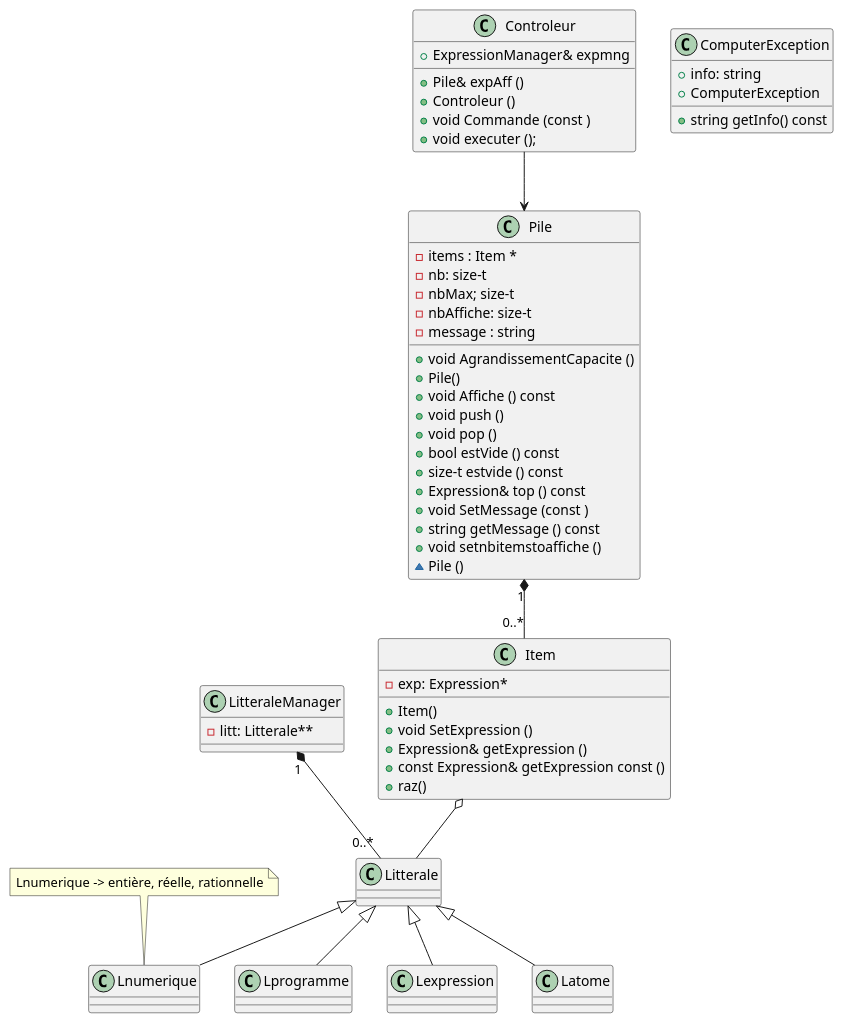
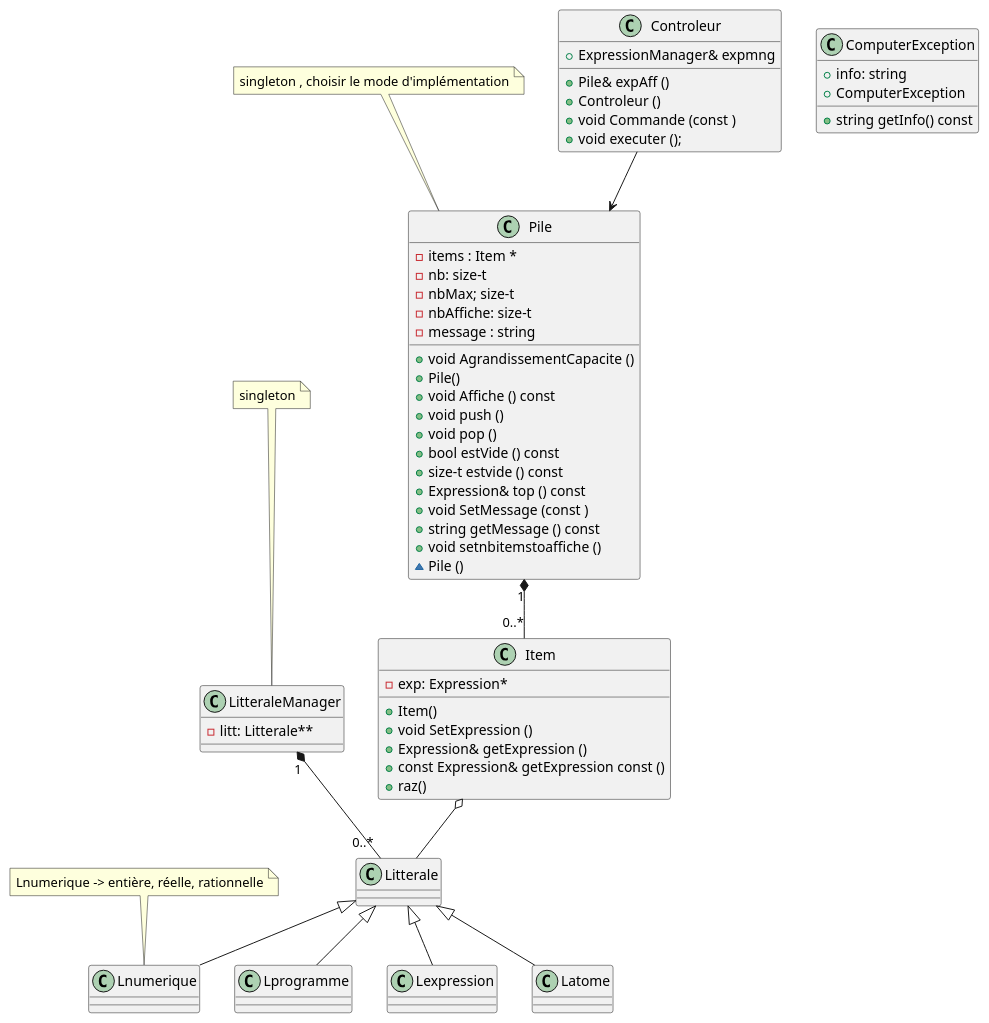
The diagram in UML.PLANTUML (StephaneBranly/LO21-RPN-Calculator), drawn with PlantUML before and after one commit.

Commit message:
Update UML.PLANTUML
recherches sur design pattern observer

```diff
--- a/UML.PLANTUML
+++ b/UML.PLANTUML
@@ -1,78 +1,83 @@
 @startuml
 class Pile {
   -items : Item *
   -nb: size-t
   -nbMax; size-t
   -nbAffiche: size-t
   -message : string 
   +void AgrandissementCapacite ()
   +Pile() 
   +void Affiche () const
   +void push ()
   +void pop ()
   +bool estVide () const
   +size-t estvide () const
   +Expression& top () const 
   +void SetMessage (const )
   +string getMessage () const 
   +void setnbitemstoaffiche ()
   ~Pile ()
 }
+note top 
+singleton , choisir le mode d'implémentation
+end note
 
 class Controleur {
   +ExpressionManager& expmng
   +Pile& expAff ()
   +Controleur ()
   +void Commande (const )
   +void executer ();
 }
 
-Controleur-->Pile 
 
 
+Controleur-->Pile
 
 class Item{
   -exp: Expression*
   +Item()
   +void SetExpression ()
   +Expression& getExpression () 
   +const Expression& getExpression const ()
   +raz()
 }
 
 Item o-- Litterale
 
 class ComputerException {
   +info: string
   +ComputerException
   +string getInfo() const
 }
 
 class LitteraleManager{
 -litt: Litterale**
 }
-
+note top 
+singleton
+end note
 
 class Litterale{
-  
 }
 
 class Lprogramme{}
 class Lnumerique{}
 note top 
 Lnumerique -> entière, réelle, rationnelle
 end note
 
 class Lexpression{}
 class Latome {}
 
-
 LitteraleManager "1" *-- "0..*" Litterale
 Pile "1" *-- "0..*" Item
 Litterale <|--  Lprogramme
 Litterale <|--  Lnumerique
 Litterale <|--  Lexpression
 Litterale <|-- Latome 
 
 
+
+
 @enduml
```
